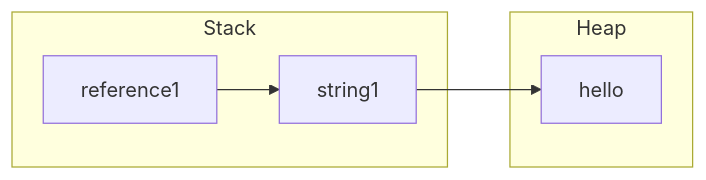
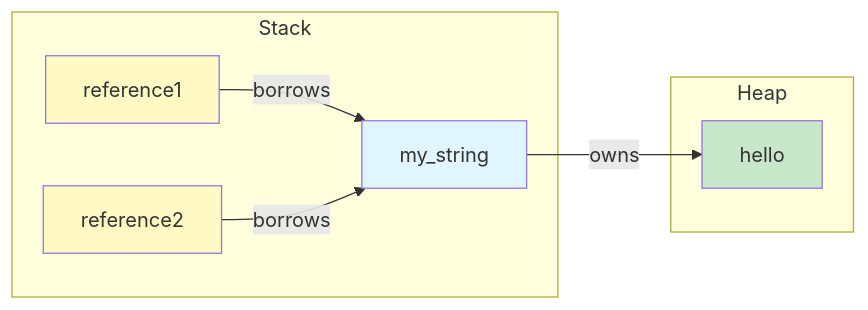
One commit to cristech2/learning_rust changed the first of 2 diagrams in docs/09_Borrow.md. Above: the diagram before and after it, drawn with Mermaid. The commit also changed other lines of this file, not shown here.

````diff
--- a/docs/09_Borrow.md
+++ b/docs/09_Borrow.md
@@ -32,13 +60,20 @@
 ```mermaid
 flowchart LR
-    subgraph Stack
-        string1["string1"]
-        reference1["reference1"]
+    subgraph Stack["Stack"]
+        my_string["my_string"]
+        ref1["reference1"]
+        ref2["reference2"]
     end
-    subgraph Heap
-        heap_data["hello"]
+    subgraph Heap["Heap"]
+        data["hello"]
     end
 
-    string1 --> heap_data
-    reference1 --> string1
+    my_string -->|owns| data
+    ref1 -->|borrows| my_string
+    ref2 -->|borrows| my_string
+    
+    style my_string fill:#e1f5ff
+    style ref1 fill:#fff9c4
+    style ref2 fill:#fff9c4
+    style data fill:#c8e6c9
 ```
````
